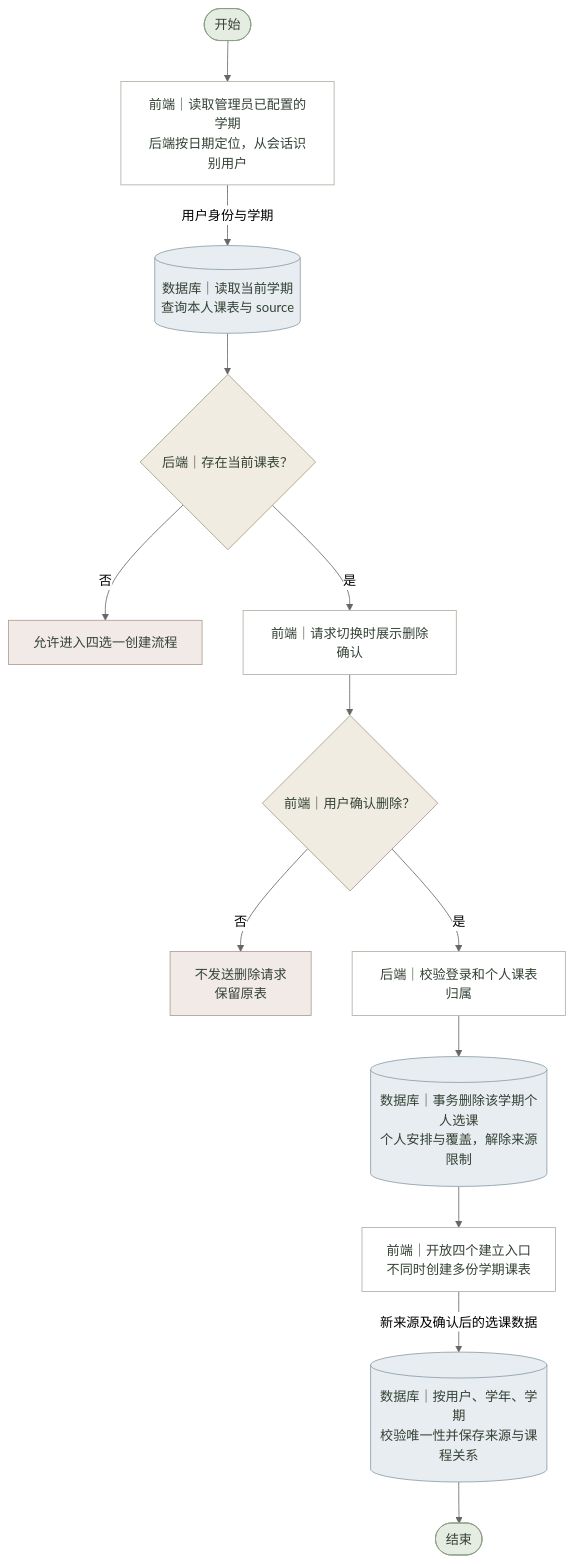
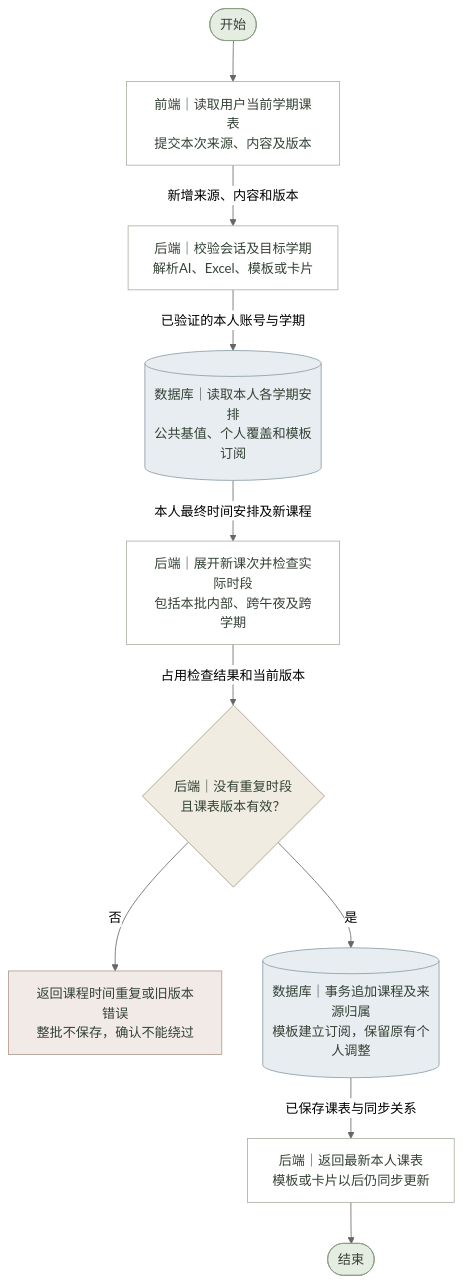
The diagram in 需求文档/课表功能/流程图源文件/系统流程图/学期课表与来源切换.mmd (lichen-lc123/class-assistant), drawn with Mermaid (neutral theme) before and after one commit. The commit also changed 101 other files, not shown here.

```diff
--- a/需求文档/课表功能/流程图源文件/系统流程图/学期课表与来源切换.mmd
+++ b/需求文档/课表功能/流程图源文件/系统流程图/学期课表与来源切换.mmd
@@ -1,45 +1,36 @@
 %% 学期课表与来源切换 · 系统流程图 · V1.0 · 2026-11-02
 flowchart TD
     N0(["开始"])
-    N1["前端｜读取管理员已配置的学期<br/>后端按日期定位，从会话识别用户"]
-    N2[("数据库｜读取当前学期<br/>查询本人课表与 source")]
-    N3{"后端｜存在当前课表？"}
-    B3["允许进入四选一创建流程"]
-    N4["前端｜请求切换时展示删除确认"]
-    N5{"前端｜用户确认删除？"}
-    B5["不发送删除请求<br/>保留原表"]
-    N6["后端｜校验登录和个人课表归属"]
-    N7[("数据库｜事务删除该学期个人选课<br/>个人安排与覆盖，解除来源限制")]
-    N8["前端｜开放四个建立入口<br/>不同时创建多份学期课表"]
-    N9[("数据库｜按用户、学年、学期<br/>校验唯一性并保存来源与课程关系")]
-    N10(["结束"])
+    N1["前端｜读取用户当前学期课表<br/>提交本次来源、内容及版本"]
+    N2["后端｜校验会话及目标学期<br/>解析AI、Excel、模板或卡片"]
+    N3[("数据库｜读取本人各学期安排<br/>公共基值、个人覆盖和模板订阅")]
+    N4["后端｜展开新课次并检查实际时段<br/>包括本批内部、跨午夜及跨学期"]
+    N5{"后端｜没有重复时段<br/>且课表版本有效？"}
+    B5["返回课程时间重复或旧版本错误<br/>整批不保存，确认不能绕过"]
+    N6[("数据库｜事务追加课程及来源归属<br/>模板建立订阅，保留原有个人调整")]
+    N7["后端｜返回最新本人课表<br/>模板或卡片以后仍同步更新"]
+    N8(["结束"])
     N0 --> N1
-    N1 -->|用户身份与学期| N2
-    N2 --> N3
-    N3 -->|否| B3
-    N3 -->|是| N4
-    N4 --> N5
+    N1 -->|新增来源、内容和版本| N2
+    N2 -->|已验证的本人账号与学期| N3
+    N3 -->|本人最终时间安排及新课程| N4
+    N4 -->|占用检查结果和当前版本| N5
     N5 -->|否| B5
     N5 -->|是| N6
-    N6 --> N7
+    N6 -->|已保存课表与同步关系| N7
     N7 --> N8
-    N8 -->|新来源及确认后的选课数据| N9
-    N9 --> N10
     classDef normal fill:#FFFFFF,stroke:#A8B2A2,color:#344235;
     classDef decision fill:#F0ECE2,stroke:#A69B83,color:#344235;
     classDef terminal fill:#E5ECE2,stroke:#8A9D82,color:#344235;
     classDef exception fill:#F2EAE6,stroke:#B09B91,color:#344235;
     classDef database fill:#E7EDF0,stroke:#8A9CA6,color:#344235;
     class N0 terminal;
     class N1 normal;
-    class N2 database;
-    class N3 decision;
-    class B3 exception;
+    class N2 normal;
+    class N3 database;
     class N4 normal;
     class N5 decision;
     class B5 exception;
-    class N6 normal;
-    class N7 database;
-    class N8 normal;
-    class N9 database;
-    class N10 terminal;
+    class N6 database;
+    class N7 normal;
+    class N8 terminal;
```
